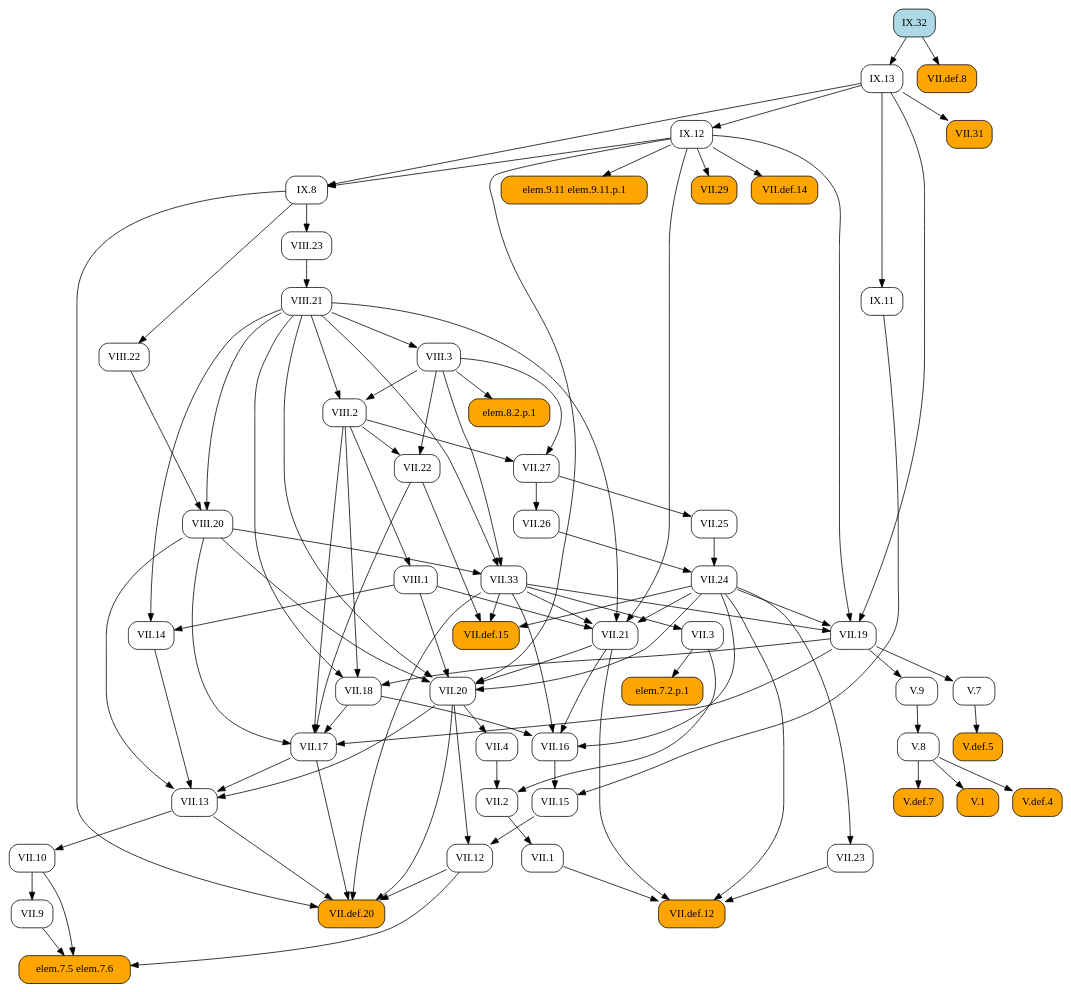
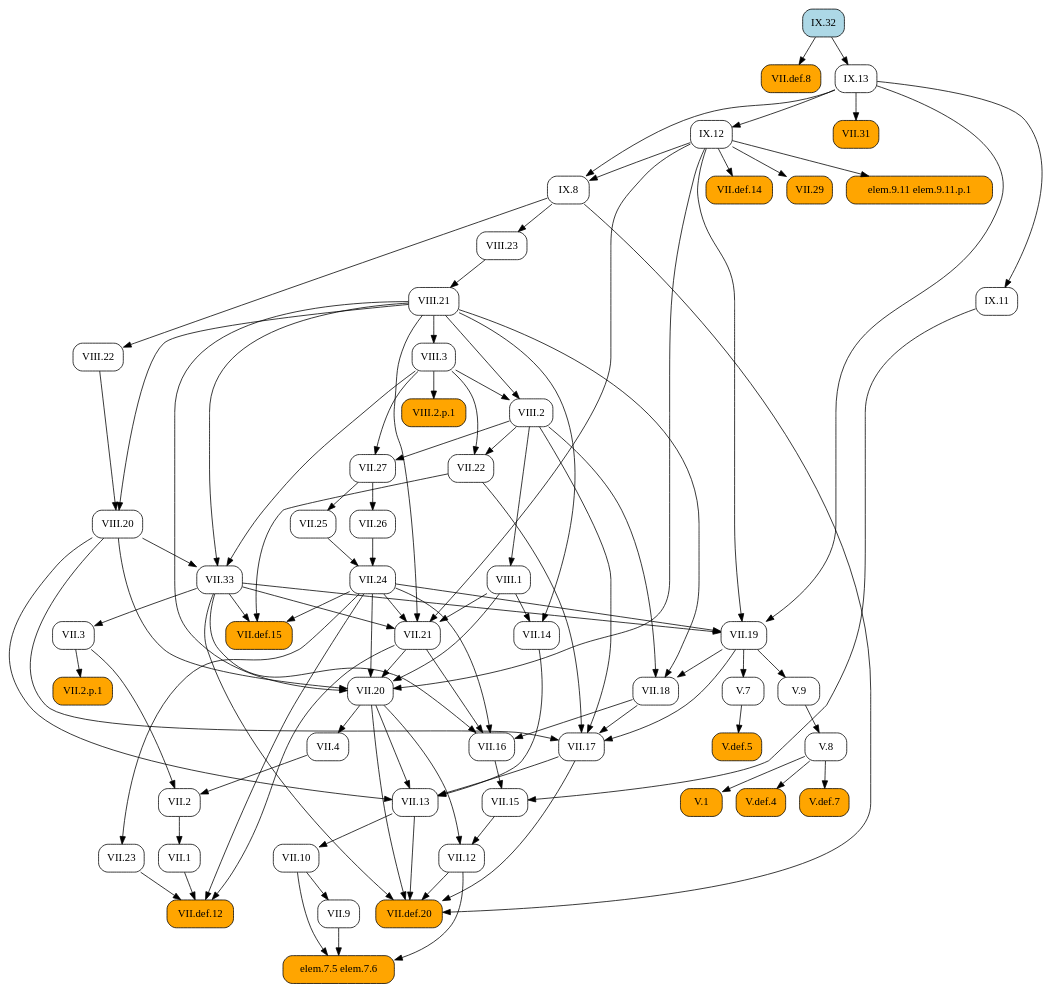
One commit to geometor/elements changed the diagram in docsrc/heath/IX/32/index.rst. Above: the diagram before and after it, drawn with Graphviz. The commit also changed 484 other files, not shown here.

```diff
--- a/docsrc/heath/IX/32/index.rst
+++ b/docsrc/heath/IX/32/index.rst
@@ -38,115 +38,77 @@
    digraph {
      rankdir="TB";
      node [shape=box, style=rounded];
-     "VII.1" [URL="/heath/VII/1/", target="_top"];
+     "IX.8" [URL="/heath/IX/8/", target="_top"];
+     "VII.def.14" [style="rounded,filled", fillcolor=orange, URL="/heath/VII/def.14/", target="_top"];
+     "VII.12" [URL="/heath/VII/12/", target="_top"];
+     "elem.7.5 elem.7.6" [style="rounded,filled", fillcolor=orange];
+     "VIII.20" [URL="/heath/VIII/20/", target="_top"];
+     "VII.33" [URL="/heath/VII/33/", target="_top"];
      "VII.9" [URL="/heath/VII/9/", target="_top"];
-     "V.def.5" [style="rounded,filled", fillcolor=orange, URL="/heath/V/def.5/", target="_top"];
-     "IX.13" [URL="/heath/IX/13/", target="_top"];
-     "VII.29" [style="rounded,filled", fillcolor=orange, URL="/heath/VII/29/", target="_top"];
+     "IX.12" [URL="/heath/IX/12/", target="_top"];
      "VII.def.8" [style="rounded,filled", fillcolor=orange, URL="/heath/VII/def.8/", target="_top"];
-     "VIII.23" [URL="/heath/VIII/23/", target="_top"];
-     "IX.12" [URL="/heath/IX/12/", target="_top"];
-     "IX.11" [URL="/heath/IX/11/", target="_top"];
-     "VII.17" [URL="/heath/VII/17/", target="_top"];
-     "VII.3" [URL="/heath/VII/3/", target="_top"];
-     "elem.7.5 elem.7.6" [style="rounded,filled", fillcolor=orange];
-     "VIII.21" [URL="/heath/VIII/21/", target="_top"];
-     "V.7" [URL="/heath/V/7/", target="_top"];
-     "V.9" [URL="/heath/V/9/", target="_top"];
-     "VII.13" [URL="/heath/VII/13/", target="_top"];
-     "VII.2" [URL="/heath/VII/2/", target="_top"];
-     "VIII.1" [URL="/heath/VIII/1/", target="_top"];
      "VIII.2" [URL="/heath/VIII/2/", target="_top"];
-     "VII.12" [URL="/heath/VII/12/", target="_top"];
-     "IX.8" [URL="/heath/IX/8/", target="_top"];
-     "VII.24" [URL="/heath/VII/24/", target="_top"];
-     "VII.def.14" [style="rounded,filled", fillcolor=orange, URL="/heath/VII/def.14/", target="_top"];
-     "VII.def.12" [style="rounded,filled", fillcolor=orange, URL="/heath/VII/def.12/", target="_top"];
-     "V.8" [URL="/heath/V/8/", target="_top"];
-     "VII.33" [URL="/heath/VII/33/", target="_top"];
-     "VIII.22" [URL="/heath/VIII/22/", target="_top"];
-     "elem.7.2.p.1" [style="rounded,filled", fillcolor=orange];
-     "elem.9.11 elem.9.11.p.1" [style="rounded,filled", fillcolor=orange];
-     "VII.10" [URL="/heath/VII/10/", target="_top"];
-     "VII.def.15" [style="rounded,filled", fillcolor=orange, URL="/heath/VII/def.15/", target="_top"];
-     "VII.19" [URL="/heath/VII/19/", target="_top"];
      "VII.18" [URL="/heath/VII/18/", target="_top"];
      "VII.16" [URL="/heath/VII/16/", target="_top"];
+     "V.7" [URL="/heath/V/7/", target="_top"];
      "VII.26" [URL="/heath/VII/26/", target="_top"];
-     "VII.4" [URL="/heath/VII/4/", target="_top"];
-     "VII.25" [URL="/heath/VII/25/", target="_top"];
-     "VII.21" [URL="/heath/VII/21/", target="_top"];
-     "V.1" [style="rounded,filled", fillcolor=orange, URL="/heath/V/1/", target="_top"];
-     "VII.20" [URL="/heath/VII/20/", target="_top"];
+     "V.def.5" [style="rounded,filled", fillcolor=orange, URL="/heath/V/def.5/", target="_top"];
+     "V.9" [URL="/heath/V/9/", target="_top"];
+     "VII.10" [URL="/heath/VII/10/", target="_top"];
+     "VIII.3" [URL="/heath/VIII/3/", target="_top"];
+     "VII.13" [URL="/heath/VII/13/", target="_top"];
+     "VIII.23" [URL="/heath/VIII/23/", target="_top"];
+     "IX.32" [style="rounded,filled", fillcolor=lightblue, URL="/heath/IX/32/", target="_top"];
+     "VII.29" [style="rounded,filled", fillcolor=orange, URL="/heath/VII/29/", target="_top"];
+     "VII.31" [style="rounded,filled", fillcolor=orange, URL="/heath/VII/31/", target="_top"];
+     "elem.9.11 elem.9.11.p.1" [style="rounded,filled", fillcolor=orange];
+     "VII.def.15" [style="rounded,filled", fillcolor=orange, URL="/heath/VII/def.15/", target="_top"];
+     "IX.13" [URL="/heath/IX/13/", target="_top"];
+     "VII.17" [URL="/heath/VII/17/", target="_top"];
+     "VII.19" [URL="/heath/VII/19/", target="_top"];
+     "VIII.2.p.1" [style="rounded,filled", fillcolor=orange];
+     "VII.2" [URL="/heath/VII/2/", target="_top"];
+     "VII.def.20" [style="rounded,filled", fillcolor=orange, URL="/heath/VII/def.20/", target="_top"];
+     "VII.2.p.1" [style="rounded,filled", fillcolor=orange];
+     "VII.15" [URL="/heath/VII/15/", target="_top"];
+     "V.def.4" [style="rounded,filled", fillcolor=orange, URL="/heath/V/def.4/", target="_top"];
+     "VIII.22" [URL="/heath/VIII/22/", target="_top"];
+     "V.def.7" [style="rounded,filled", fillcolor=orange, URL="/heath/V/def.7/", target="_top"];
+     "VIII.21" [URL="/heath/VIII/21/", target="_top"];
      "VII.14" [URL="/heath/VII/14/", target="_top"];
      "VII.27" [URL="/heath/VII/27/", target="_top"];
-     "VIII.3" [URL="/heath/VIII/3/", target="_top"];
-     "V.def.4" [style="rounded,filled", fillcolor=orange, URL="/heath/V/def.4/", target="_top"];
-     "IX.32" [style="rounded,filled", fillcolor=lightblue, URL="/heath/IX/32/", target="_top"];
-     "VII.31" [style="rounded,filled", fillcolor=orange, URL="/heath/VII/31/", target="_top"];
+     "VII.21" [URL="/heath/VII/21/", target="_top"];
+     "VII.1" [URL="/heath/VII/1/", target="_top"];
      "VII.22" [URL="/heath/VII/22/", target="_top"];
-     "VIII.20" [URL="/heath/VIII/20/", target="_top"];
-     "V.def.7" [style="rounded,filled", fillcolor=orange, URL="/heath/V/def.7/", target="_top"];
+     "IX.11" [URL="/heath/IX/11/", target="_top"];
+     "VIII.1" [URL="/heath/VIII/1/", target="_top"];
+     "V.8" [URL="/heath/V/8/", target="_top"];
+     "VII.25" [URL="/heath/VII/25/", target="_top"];
      "VII.23" [URL="/heath/VII/23/", target="_top"];
-     "VII.15" [URL="/heath/VII/15/", target="_top"];
-     "VII.def.20" [style="rounded,filled", fillcolor=orange, URL="/heath/VII/def.20/", target="_top"];
-     "elem.8.2.p.1" [style="rounded,filled", fillcolor=orange];
-     "VII.2" -> "VII.1";
-     "VII.10" -> "VII.9";
-     "V.7" -> "V.def.5";
-     "IX.32" -> "IX.13";
-     "IX.12" -> "VII.29";
-     "IX.32" -> "VII.def.8";
-     "IX.8" -> "VIII.23";
-     "IX.13" -> "IX.12";
-     "IX.13" -> "IX.11";
-     "VII.18" -> "VII.17";
-     "VII.19" -> "VII.17";
-     "VII.22" -> "VII.17";
-     "VIII.2" -> "VII.17";
-     "VIII.20" -> "VII.17";
-     "VII.33" -> "VII.3";
+     "VII.4" [URL="/heath/VII/4/", target="_top"];
+     "VII.def.12" [style="rounded,filled", fillcolor=orange, URL="/heath/VII/def.12/", target="_top"];
+     "V.1" [style="rounded,filled", fillcolor=orange, URL="/heath/V/1/", target="_top"];
+     "VII.3" [URL="/heath/VII/3/", target="_top"];
+     "VII.24" [URL="/heath/VII/24/", target="_top"];
+     "VII.20" [URL="/heath/VII/20/", target="_top"];
+     "IX.12" -> "IX.8";
+     "IX.13" -> "IX.8";
+     "IX.12" -> "VII.def.14";
+     "VII.15" -> "VII.12";
+     "VII.20" -> "VII.12";
      "VII.9" -> "elem.7.5 elem.7.6";
      "VII.10" -> "elem.7.5 elem.7.6";
      "VII.12" -> "elem.7.5 elem.7.6";
-     "VIII.23" -> "VIII.21";
-     "VII.19" -> "V.7";
-     "VII.19" -> "V.9";
-     "VII.14" -> "VII.13";
-     "VII.17" -> "VII.13";
-     "VII.20" -> "VII.13";
-     "VIII.20" -> "VII.13";
-     "VII.3" -> "VII.2";
-     "VII.4" -> "VII.2";
-     "VIII.2" -> "VIII.1";
-     "VIII.3" -> "VIII.2";
-     "VIII.21" -> "VIII.2";
-     "VII.15" -> "VII.12";
-     "VII.20" -> "VII.12";
-     "IX.12" -> "IX.8";
-     "IX.13" -> "IX.8";
-     "VII.25" -> "VII.24";
-     "VII.26" -> "VII.24";
-     "IX.12" -> "VII.def.14";
-     "VII.1" -> "VII.def.12";
-     "VII.21" -> "VII.def.12";
-     "VII.23" -> "VII.def.12";
-     "VII.24" -> "VII.def.12";
-     "V.9" -> "V.8";
+     "VIII.21" -> "VIII.20";
+     "VIII.22" -> "VIII.20";
      "VIII.3" -> "VII.33";
      "VIII.20" -> "VII.33";
      "VIII.21" -> "VII.33";
-     "IX.8" -> "VIII.22";
-     "VII.3" -> "elem.7.2.p.1";
-     "IX.12" -> "elem.9.11 elem.9.11.p.1";
-     "VII.13" -> "VII.10";
-     "VII.22" -> "VII.def.15";
-     "VII.24" -> "VII.def.15";
-     "VII.33" -> "VII.def.15";
-     "VII.24" -> "VII.19";
-     "VII.33" -> "VII.19";
-     "IX.12" -> "VII.19";
-     "IX.13" -> "VII.19";
+     "VII.10" -> "VII.9";
+     "IX.13" -> "IX.12";
+     "IX.32" -> "VII.def.8";
+     "VIII.3" -> "VIII.2";
+     "VIII.21" -> "VIII.2";
      "VII.19" -> "VII.18";
      "VIII.2" -> "VII.18";
      "VIII.21" -> "VII.18";
@@ -154,41 +116,79 @@
      "VII.21" -> "VII.16";
      "VII.24" -> "VII.16";
      "VII.33" -> "VII.16";
+     "VII.19" -> "V.7";
      "VII.27" -> "VII.26";
-     "VII.20" -> "VII.4";
-     "VII.27" -> "VII.25";
+     "V.7" -> "V.def.5";
+     "VII.19" -> "V.9";
+     "VII.13" -> "VII.10";
+     "VIII.21" -> "VIII.3";
+     "VII.14" -> "VII.13";
+     "VII.17" -> "VII.13";
+     "VII.20" -> "VII.13";
+     "VIII.20" -> "VII.13";
+     "IX.8" -> "VIII.23";
+     "IX.12" -> "VII.29";
+     "IX.13" -> "VII.31";
+     "IX.12" -> "elem.9.11 elem.9.11.p.1";
+     "VII.22" -> "VII.def.15";
+     "VII.24" -> "VII.def.15";
+     "VII.33" -> "VII.def.15";
+     "IX.32" -> "IX.13";
+     "VII.18" -> "VII.17";
+     "VII.19" -> "VII.17";
+     "VII.22" -> "VII.17";
+     "VIII.2" -> "VII.17";
+     "VIII.20" -> "VII.17";
+     "VII.24" -> "VII.19";
+     "VII.33" -> "VII.19";
+     "IX.12" -> "VII.19";
+     "IX.13" -> "VII.19";
+     "VIII.3" -> "VIII.2.p.1";
+     "VII.3" -> "VII.2";
+     "VII.4" -> "VII.2";
+     "VII.12" -> "VII.def.20";
+     "VII.13" -> "VII.def.20";
+     "VII.17" -> "VII.def.20";
+     "VII.20" -> "VII.def.20";
+     "VII.33" -> "VII.def.20";
+     "IX.8" -> "VII.def.20";
+     "VII.3" -> "VII.2.p.1";
+     "VII.16" -> "VII.15";
+     "IX.11" -> "VII.15";
+     "V.8" -> "V.def.4";
+     "IX.8" -> "VIII.22";
+     "V.8" -> "V.def.7";
+     "VIII.23" -> "VIII.21";
+     "VIII.1" -> "VII.14";
+     "VIII.21" -> "VII.14";
+     "VIII.2" -> "VII.27";
+     "VIII.3" -> "VII.27";
      "VII.24" -> "VII.21";
      "VII.33" -> "VII.21";
      "VIII.1" -> "VII.21";
      "VIII.21" -> "VII.21";
      "IX.12" -> "VII.21";
+     "VII.2" -> "VII.1";
+     "VIII.2" -> "VII.22";
+     "VIII.3" -> "VII.22";
+     "IX.13" -> "IX.11";
+     "VIII.2" -> "VIII.1";
+     "V.9" -> "V.8";
+     "VII.27" -> "VII.25";
+     "VII.24" -> "VII.23";
+     "VII.20" -> "VII.4";
+     "VII.1" -> "VII.def.12";
+     "VII.21" -> "VII.def.12";
+     "VII.23" -> "VII.def.12";
+     "VII.24" -> "VII.def.12";
      "V.8" -> "V.1";
+     "VII.33" -> "VII.3";
+     "VII.25" -> "VII.24";
+     "VII.26" -> "VII.24";
      "VII.21" -> "VII.20";
      "VII.24" -> "VII.20";
      "VIII.1" -> "VII.20";
      "VIII.20" -> "VII.20";
      "VIII.21" -> "VII.20";
      "IX.12" -> "VII.20";
-     "VIII.1" -> "VII.14";
-     "VIII.21" -> "VII.14";
-     "VIII.2" -> "VII.27";
-     "VIII.3" -> "VII.27";
-     "VIII.21" -> "VIII.3";
-     "V.8" -> "V.def.4";
-     "IX.13" -> "VII.31";
-     "VIII.2" -> "VII.22";
-     "VIII.3" -> "VII.22";
-     "VIII.21" -> "VIII.20";
-     "VIII.22" -> "VIII.20";
-     "V.8" -> "V.def.7";
-     "VII.24" -> "VII.23";
-     "VII.16" -> "VII.15";
-     "IX.11" -> "VII.15";
-     "VII.12" -> "VII.def.20";
-     "VII.13" -> "VII.def.20";
-     "VII.17" -> "VII.def.20";
-     "VII.20" -> "VII.def.20";
-     "VII.33" -> "VII.def.20";
-     "IX.8" -> "VII.def.20";
-     "VIII.3" -> "elem.8.2.p.1";
    }
```
